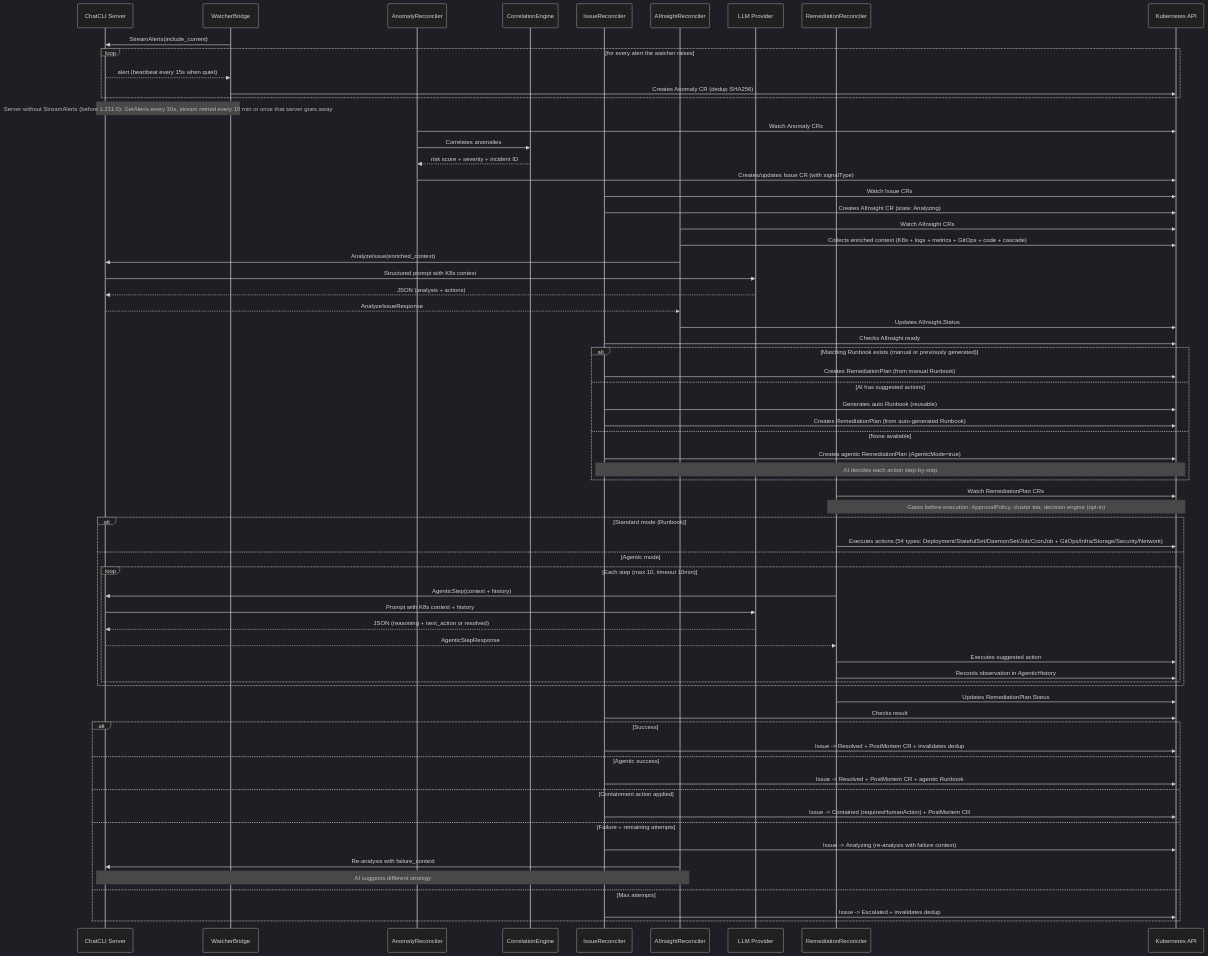
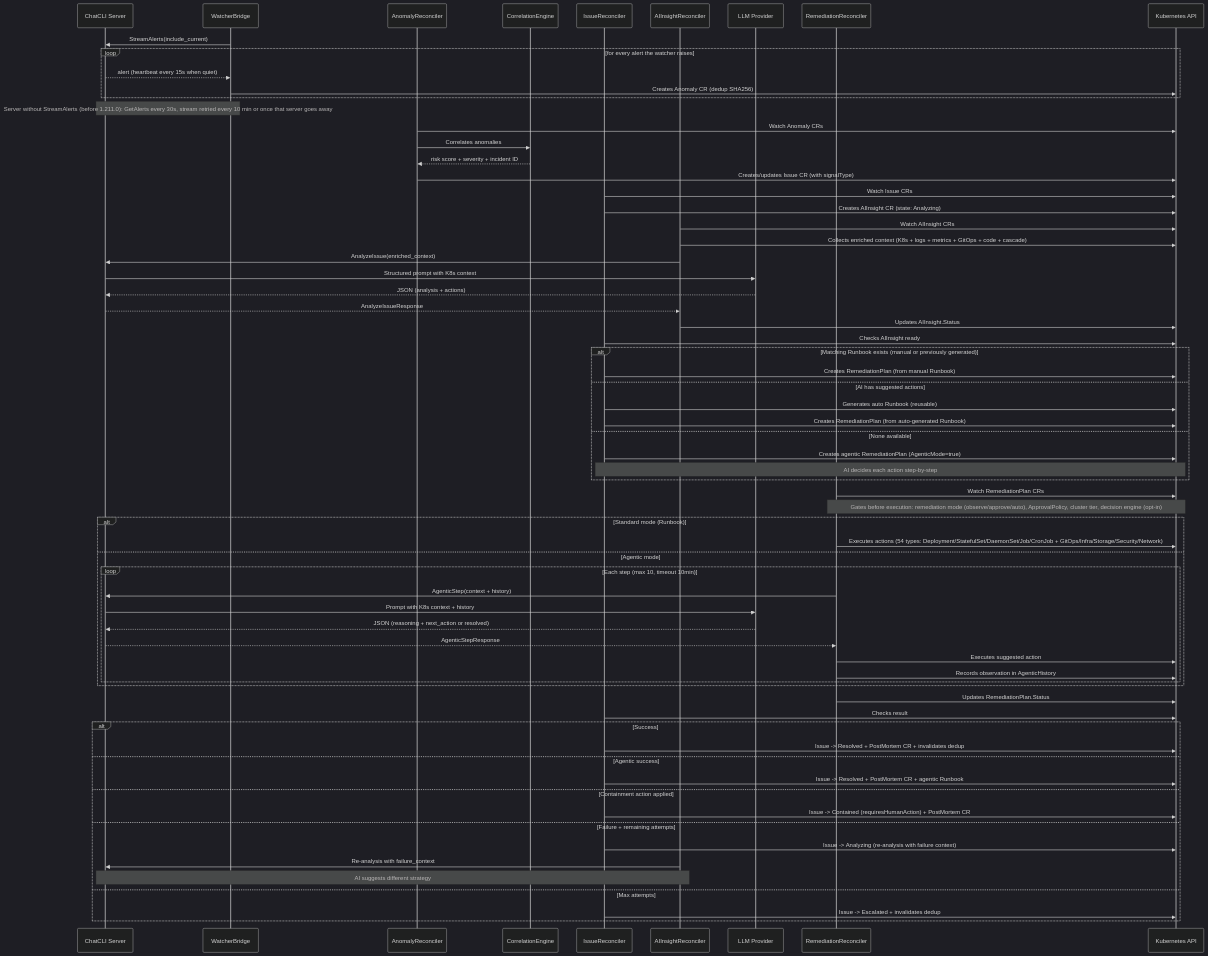
The first of 3 diagrams in kubernetes/aiops-platform.mdx (diillson/chatcli.ai), drawn with Mermaid (dark theme) before and after one commit. The commit also changed other lines of this file and 54 other files, not shown here.

````diff
--- a/kubernetes/aiops-platform.mdx
+++ b/kubernetes/aiops-platform.mdx
@@ -67,78 +67,78 @@
 ```mermaid
 sequenceDiagram
     participant Server as ChatCLI Server
     participant WB as WatcherBridge
     participant AR as AnomalyReconciler
     participant CE as CorrelationEngine
     participant IR as IssueReconciler
     participant AIR as AIInsightReconciler
     participant LLM as LLM Provider
     participant RR as RemediationReconciler
     participant K8s as Kubernetes API
 
     WB->>Server: StreamAlerts(include_current)
     loop for every alert the watcher raises
         Server-->>WB: alert (heartbeat every 15s when quiet)
         WB->>K8s: Creates Anomaly CR (dedup SHA256)
     end
     Note over WB,Server: Server without StreamAlerts (before 1.211.0): GetAlerts every 30s, stream retried every 10 min or once that server goes away
 
     AR->>K8s: Watch Anomaly CRs
     AR->>CE: Correlates anomalies
     CE-->>AR: risk score + severity + incident ID
     AR->>K8s: Creates/updates Issue CR (with signalType)
 
     IR->>K8s: Watch Issue CRs
     IR->>K8s: Creates AIInsight CR (state: Analyzing)
 
     AIR->>K8s: Watch AIInsight CRs
     AIR->>K8s: Collects enriched context (K8s + logs + metrics + GitOps + code + cascade)
     AIR->>Server: AnalyzeIssue(enriched_context)
     Server->>LLM: Structured prompt with K8s context
     LLM-->>Server: JSON (analysis + actions)
     Server-->>AIR: AnalyzeIssueResponse
     AIR->>K8s: Updates AIInsight.Status
 
     IR->>K8s: Checks AIInsight ready
     alt Matching Runbook exists (manual or previously generated)
         IR->>K8s: Creates RemediationPlan (from manual Runbook)
     else AI has suggested actions
         IR->>K8s: Generates auto Runbook (reusable)
         IR->>K8s: Creates RemediationPlan (from auto-generated Runbook)
     else None available
         IR->>K8s: Creates agentic RemediationPlan (AgenticMode=true)
         Note over IR,K8s: AI decides each action step-by-step
     end
 
     RR->>K8s: Watch RemediationPlan CRs
-    Note over RR,K8s: Gates before execution: ApprovalPolicy, cluster tier, decision engine (opt-in)
+    Note over RR,K8s: Gates before execution: remediation mode (observe/approve/auto), ApprovalPolicy, cluster tier, decision engine (opt-in)
 
     alt Standard mode (Runbook)
         RR->>K8s: Executes actions (54 types: Deployment/StatefulSet/DaemonSet/Job/CronJob + GitOps/Infra/Storage/Security/Network)
     else Agentic mode
         loop Each step (max 10, timeout 10min)
             RR->>Server: AgenticStep(context + history)
             Server->>LLM: Prompt with K8s context + history
             LLM-->>Server: JSON (reasoning + next_action or resolved)
             Server-->>RR: AgenticStepResponse
             RR->>K8s: Executes suggested action
             RR->>K8s: Records observation in AgenticHistory
         end
     end
     RR->>K8s: Updates RemediationPlan.Status
 
     IR->>K8s: Checks result
     alt Success
         IR->>K8s: Issue -> Resolved + PostMortem CR + invalidates dedup
     else Agentic success
         IR->>K8s: Issue -> Resolved + PostMortem CR + agentic Runbook
     else Containment action applied
         IR->>K8s: Issue -> Contained (requiresHumanAction) + PostMortem CR
     else Failure + remaining attempts
         IR->>K8s: Issue -> Analyzing (re-analysis with failure context)
         AIR->>Server: Re-analysis with failure_context
         Note over AIR,Server: AI suggests different strategy
     else Max attempts
         IR->>K8s: Issue -> Escalated + invalidates dedup
     end
 ```
````
